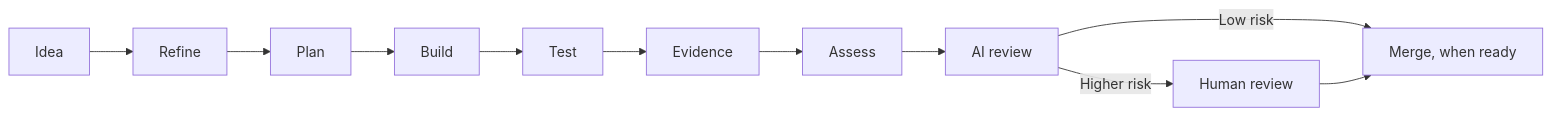
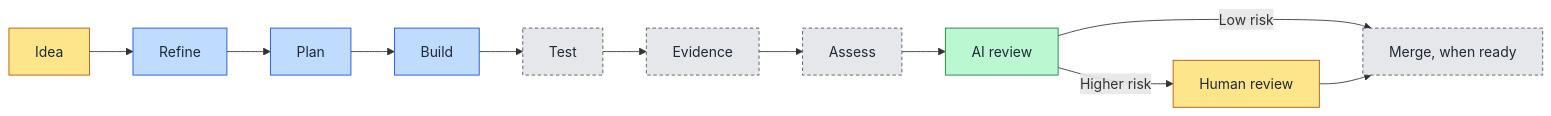
Before and after one commit to schalkje/Gimli: the diagram in README.md, drawn with Mermaid. The commit also changed other lines of this file and 7 other files, not shown here.

````diff
--- a/README.md
+++ b/README.md
@@ -17,9 +23,29 @@
 ```mermaid
 flowchart LR
 	idea[Idea] --> refine[Refine] --> plan[Plan] --> build[Build]
 	build --> test[Test] --> evidence[Evidence] --> assess[Assess]
 	assess --> aiReview[AI review]
 	aiReview -->|Low risk| merge[Merge, when ready]
 	aiReview -->|Higher risk| humanReview[Human review]
 	humanReview --> merge
+
+	classDef human fill:#fde68a,stroke:#b45309,color:#1f2937
+	classDef skill fill:#bfdbfe,stroke:#1d4ed8,color:#1f2937
+	classDef workflow fill:#bbf7d0,stroke:#15803d,color:#1f2937
+	classDef manual fill:#e5e7eb,stroke:#4b5563,color:#1f2937,stroke-dasharray:4 3
+	class idea,humanReview human
+	class refine,plan,build skill
+	class aiReview workflow
+	class test,evidence,assess,merge manual
+
+	click idea "docs/lifecycle.md#1-idea" "Idea stage" _blank
+	click refine "docs/lifecycle.md#2-refine" "Refine stage" _blank
+	click plan "docs/lifecycle.md#3-plan" "Plan stage" _blank
+	click build "docs/lifecycle.md#4-build" "Build stage" _blank
+	click test "docs/lifecycle.md#5-test" "Test stage" _blank
+	click evidence "docs/lifecycle.md#6-evidence" "Evidence stage" _blank
+	click assess "docs/lifecycle.md#7-assess" "Assess stage" _blank
+	click aiReview "docs/ai-review.md" "AI review" _blank
+	click humanReview "docs/lifecycle.md#8-review" "Review stage" _blank
+	click merge "docs/lifecycle.md#9-merge" "Merge stage" _blank
 ```
````
